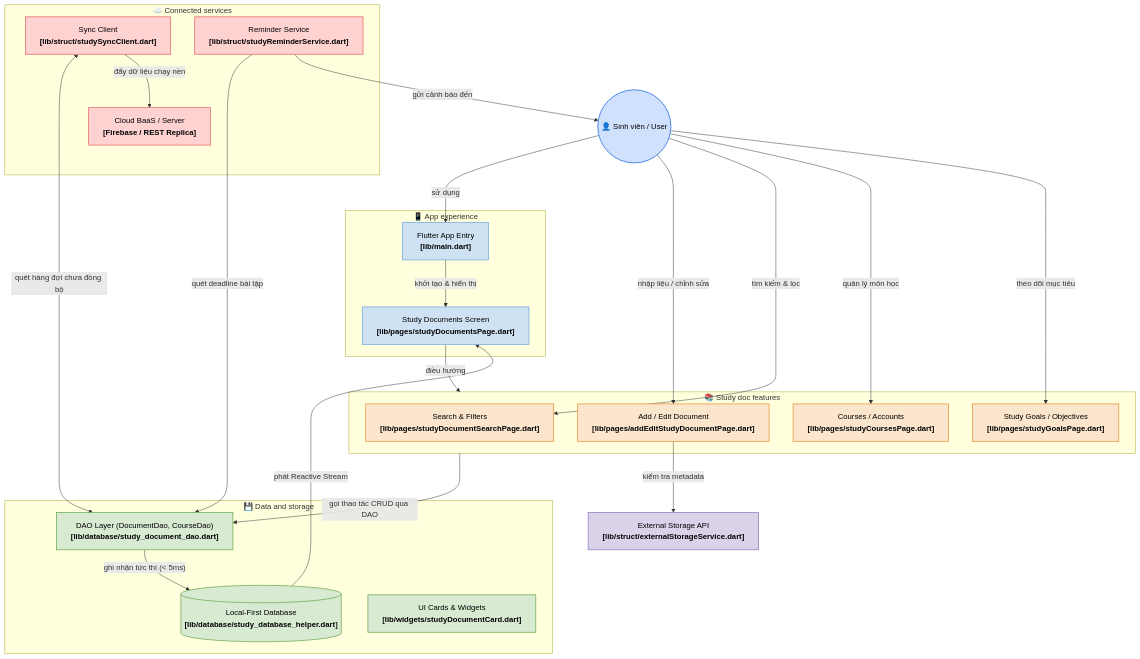
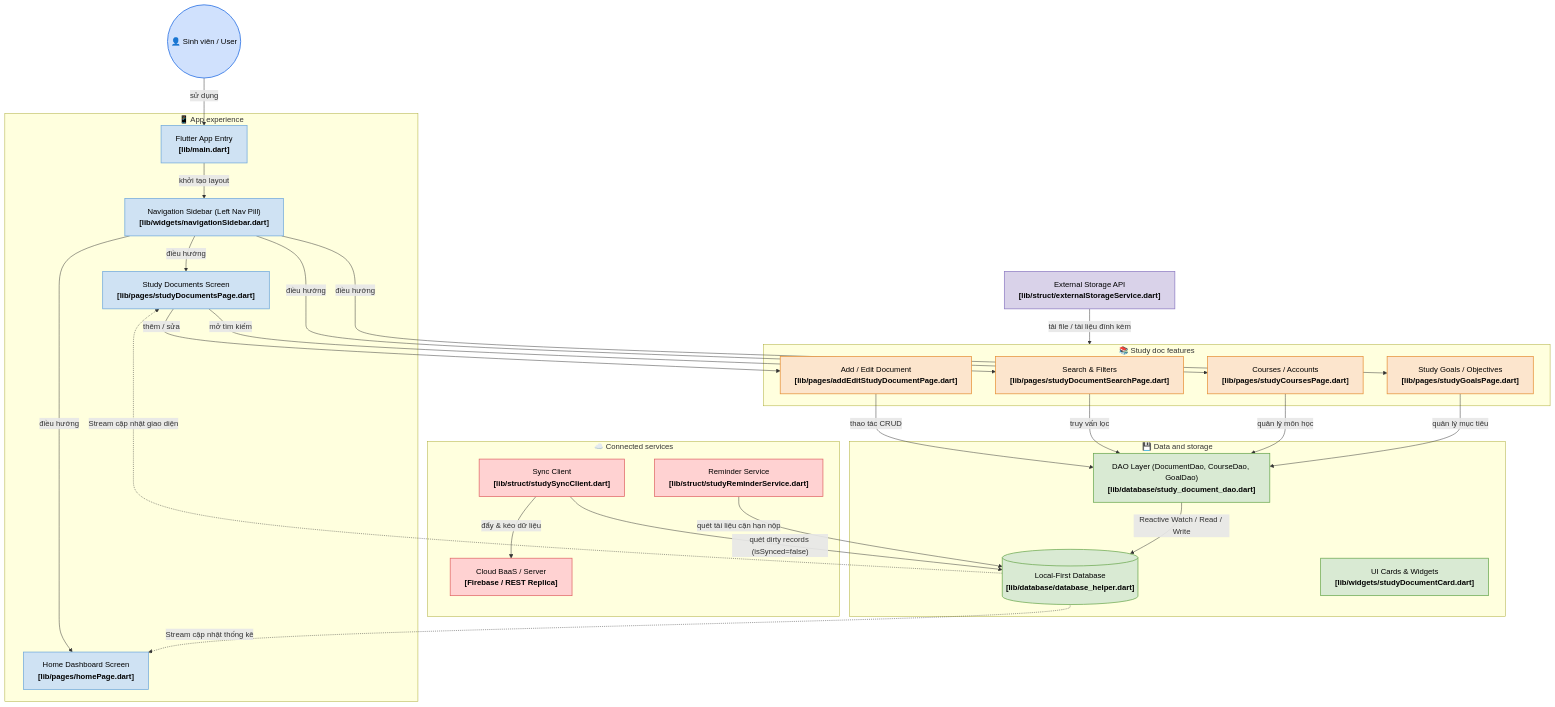
The first of 2 diagrams in BAO_CAO_TH1_QUAN_LY_TAI_LIEU_CASHEW.md (pvhung2112/Cashew), drawn with Mermaid before and after one commit. The commit also changed other lines of this file and 150 other files, not shown here.

Commit message:
feat: complete standalone Study Documents App based on Cashew Architecture

````diff
--- a/BAO_CAO_TH1_QUAN_LY_TAI_LIEU_CASHEW.md
+++ b/BAO_CAO_TH1_QUAN_LY_TAI_LIEU_CASHEW.md
@@ -39,58 +41,63 @@
 ```mermaid
 graph TB
     classDef userClass fill:#d0e1fd,stroke:#4a86e8,stroke-width:2px,color:#000;
     classDef serviceClass fill:#ffd2d2,stroke:#e06666,stroke-width:1.5px,color:#000;
     classDef appClass fill:#cfe2f3,stroke:#6fa8dc,stroke-width:1.5px,color:#000;
     classDef featureClass fill:#fce5cd,stroke:#e69138,stroke-width:1.5px,color:#000;
     classDef storageClass fill:#d9ead3,stroke:#6aa84f,stroke-width:1.5px,color:#000;
     classDef apiClass fill:#d9d2e9,stroke:#8e7cc3,stroke-width:1.5px,color:#000;
 
     User(("👤 Sinh viên / User")):::userClass
 
     subgraph ConnectedServices [" ☁️ Connected services "]
         SyncClient["Sync Client<br/><b>[lib/struct/studySyncClient.dart]</b>"]:::serviceClass
         CloudStorage["Cloud BaaS / Server<br/><b>[Firebase / REST Replica]</b>"]:::serviceClass
         ReminderEngine["Reminder Service<br/><b>[lib/struct/studyReminderService.dart]</b>"]:::serviceClass
     end
 
     subgraph AppExperience [" 📱 App experience "]
         FlutterApp["Flutter App Entry<br/><b>[lib/main.dart]</b>"]:::appClass
+        SidebarNav["Navigation Sidebar (Left Nav Pill)<br/><b>[lib/widgets/navigationSidebar.dart]</b>"]:::appClass
+        DashboardPage["Home Dashboard Screen<br/><b>[lib/pages/homePage.dart]</b>"]:::appClass
         StudyDocsPage["Study Documents Screen<br/><b>[lib/pages/studyDocumentsPage.dart]</b>"]:::appClass
     end
 
     subgraph StudyFeatures [" 📚 Study doc features "]
         DocSearch["Search & Filters<br/><b>[lib/pages/studyDocumentSearchPage.dart]</b>"]:::featureClass
         AddEditDoc["Add / Edit Document<br/><b>[lib/pages/addEditStudyDocumentPage.dart]</b>"]:::featureClass
         Courses["Courses / Accounts<br/><b>[lib/pages/studyCoursesPage.dart]</b>"]:::featureClass
         StudyGoals["Study Goals / Objectives<br/><b>[lib/pages/studyGoalsPage.dart]</b>"]:::featureClass
     end
 
     ExternalMetaService["External Storage API<br/><b>[lib/struct/externalStorageService.dart]</b>"]:::apiClass
 
     subgraph DataAndStorage [" 💾 Data and storage "]
-        AppDB[("Local-First Database<br/><b>[lib/database/study_database_helper.dart]</b>")]:::storageClass
-        DAOLayer["DAO Layer (DocumentDao, CourseDao)<br/><b>[lib/database/study_document_dao.dart]</b>"]:::storageClass
+        AppDB[("Local-First Database<br/><b>[lib/database/database_helper.dart]</b>")]:::storageClass
+        DAOLayer["DAO Layer (DocumentDao, CourseDao, GoalDao)<br/><b>[lib/database/study_document_dao.dart]</b>"]:::storageClass
         StudyCard["UI Cards & Widgets<br/><b>[lib/widgets/studyDocumentCard.dart]</b>"]:::storageClass
     end
 
     %% Luồng tương tác
     User -->|"sử dụng"| FlutterApp
-    FlutterApp -->|"khởi tạo & hiển thị"| StudyDocsPage
-    StudyDocsPage -->|"điều hướng"| StudyFeatures
+    FlutterApp -->|"khởi tạo layout"| SidebarNav
+    SidebarNav -->|"điều hướng"| DashboardPage
+    SidebarNav -->|"điều hướng"| StudyDocsPage
+    SidebarNav -->|"điều hướng"| Courses
+    SidebarNav -->|"điều hướng"| StudyGoals
+    StudyDocsPage -->|"mở tìm kiếm"| DocSearch
+    StudyDocsPage -->|"thêm / sửa"| AddEditDoc
 
-    User -->|"nhập liệu / chỉnh sửa"| AddEditDoc
-    User -->|"tìm kiếm & lọc"| DocSearch
-    User -->|"quản lý môn học"| Courses
-    User -->|"theo dõi mục tiêu"| StudyGoals
+    AddEditDoc -->|"thao tác CRUD"| DAOLayer
+    DocSearch -->|"truy vấn lọc"| DAOLayer
+    Courses -->|"quản lý môn học"| DAOLayer
+    StudyGoals -->|"quản lý mục tiêu"| DAOLayer
 
-    AddEditDoc -->|"kiểm tra metadata"| ExternalMetaService
-    StudyFeatures -->|"gọi thao tác CRUD qua DAO"| DAOLayer
-    DAOLayer -->|"ghi nhận tức thì (< 5ms)"| AppDB
+    DAOLayer -->|"Reactive Watch / Read / Write"| AppDB
+    AppDB -.->|"Stream cập nhật giao diện"| StudyDocsPage
+    AppDB -.->|"Stream cập nhật thống kê"| DashboardPage
 
-    AppDB -->|"phát Reactive Stream"| StudyDocsPage
-
-    SyncClient <-->|"quét hàng đợi chưa đồng bộ"| DAOLayer
-    SyncClient -->|"đẩy dữ liệu chạy nền"| CloudStorage
-    ReminderEngine -->|"quét deadline bài tập"| DAOLayer
-    ReminderEngine -->|"gửi cảnh báo đến"| User
+    SyncClient -->|"quét dirty records (isSynced=false)"| AppDB
+    SyncClient -->|"đẩy & kéo dữ liệu"| CloudStorage
+    ReminderEngine -->|"quét tài liệu cận hạn nộp"| AppDB
+    ExternalMetaService -->|"tải file / tài liệu đính kèm"| StudyFeatures
 ```
````
